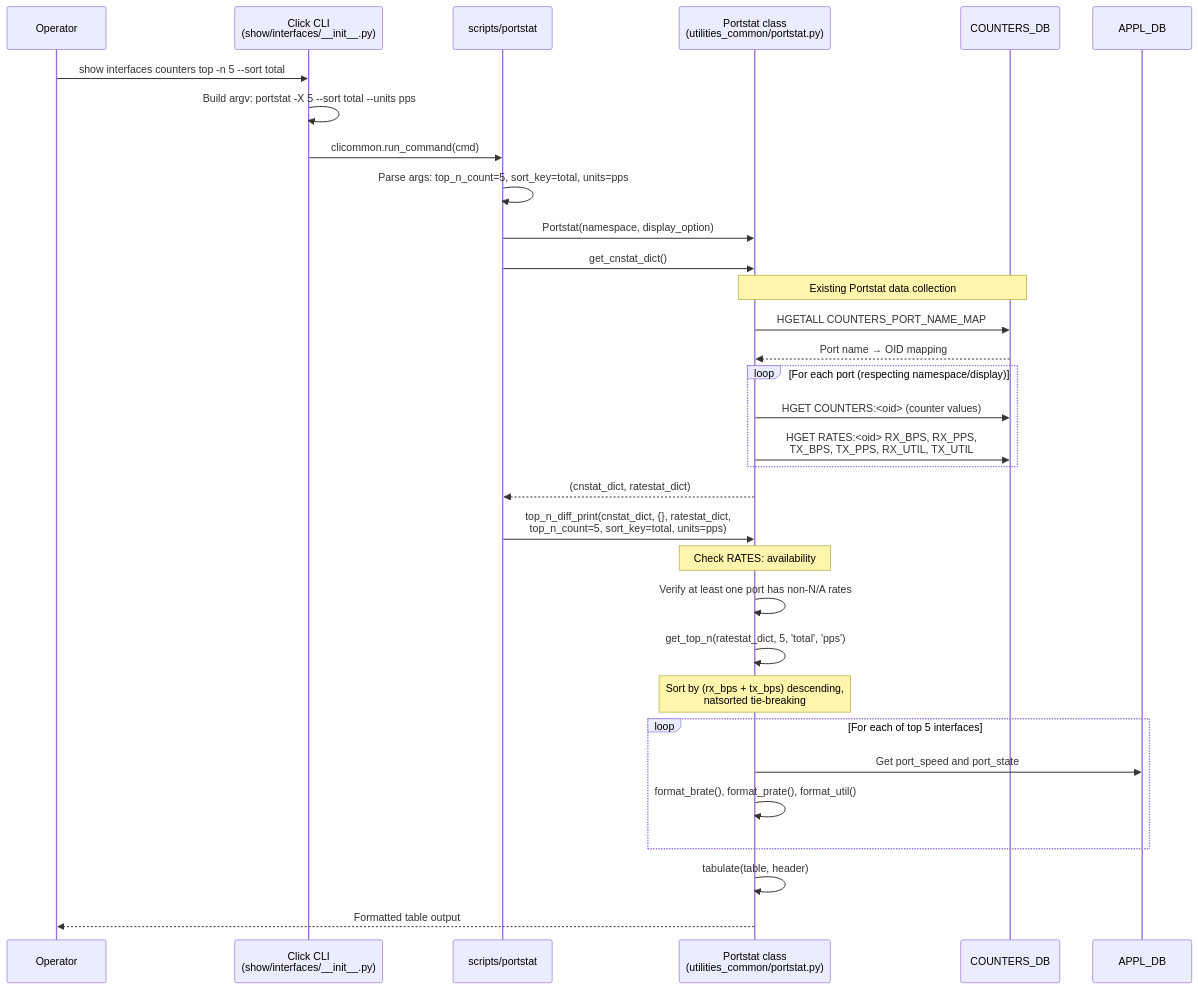
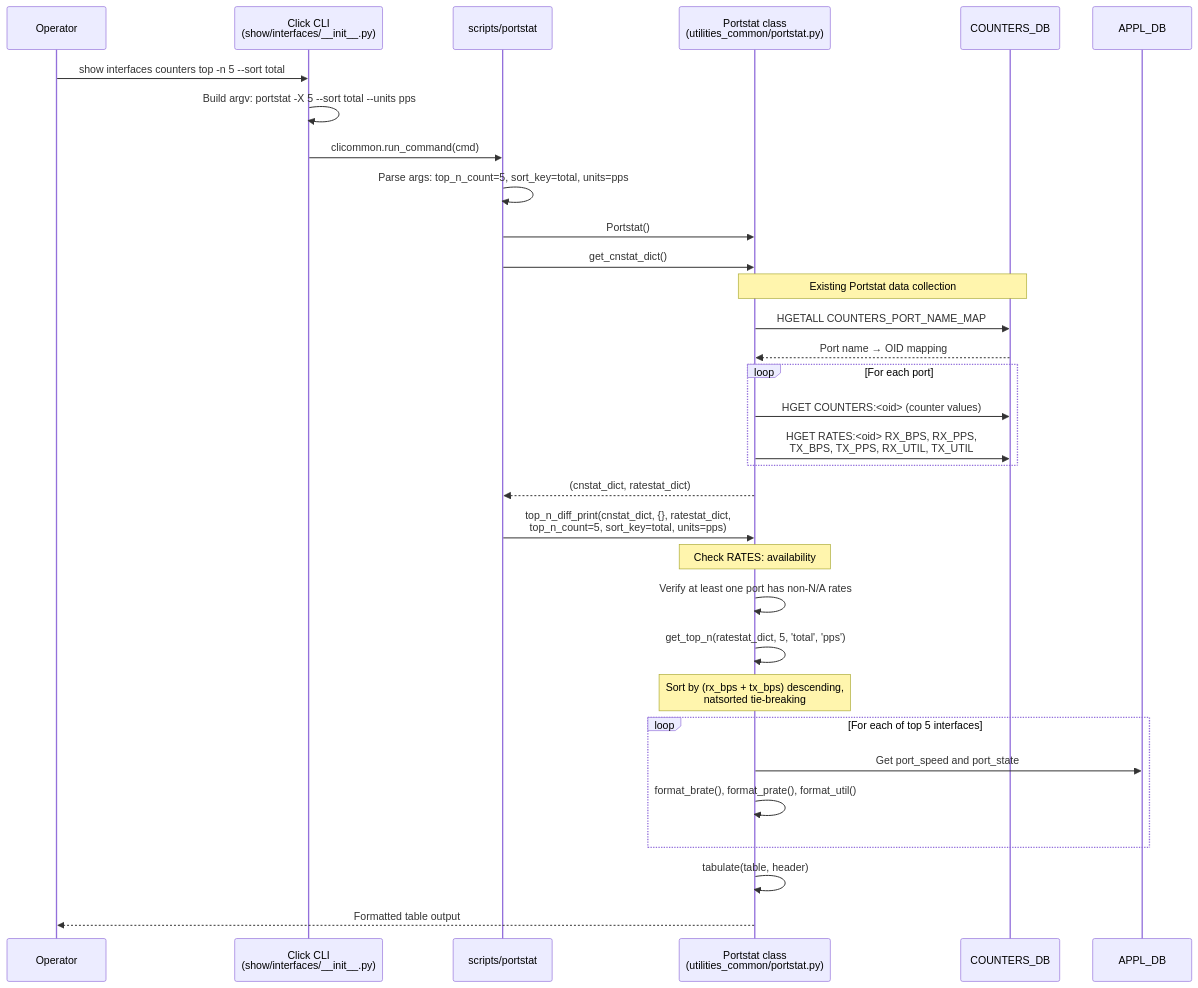
The third of 3 diagrams in Top_Interfaces_HLD_revised_Removed.md (AvizNetworks/sonic-mentorship-2026-Top-N-Interface-Traffic-Visibility), drawn with Mermaid before and after one commit. The commit also changed other lines of this file, not shown here.

````diff
--- a/Top_Interfaces_HLD_revised_Removed.md
+++ b/Top_Interfaces_HLD_revised_Removed.md
@@ -951,45 +510,45 @@
 ```mermaid
 sequenceDiagram
     participant User as Operator
     participant Click as Click CLI<br/>(show/interfaces/__init__.py)
     participant Script as scripts/portstat
     participant PS as Portstat class<br/>(utilities_common/portstat.py)
     participant CDB as COUNTERS_DB
     participant APPL as APPL_DB
 
     User->>Click: show interfaces counters top -n 5 --sort total
     Click->>Click: Build argv: portstat -X 5 --sort total --units pps
     Click->>Script: clicommon.run_command(cmd)
     
     Script->>Script: Parse args: top_n_count=5, sort_key=total, units=pps
-    Script->>PS: Portstat(namespace, display_option)
+    Script->>PS: Portstat()
     Script->>PS: get_cnstat_dict()
     
     Note over PS, CDB: Existing Portstat data collection
     PS->>CDB: HGETALL COUNTERS_PORT_NAME_MAP
     CDB-->>PS: Port name → OID mapping
     
-    loop For each port (respecting namespace/display)
+    loop For each port
         PS->>CDB: HGET COUNTERS:<oid> (counter values)
         PS->>CDB: HGET RATES:<oid> RX_BPS, RX_PPS,<br/>TX_BPS, TX_PPS, RX_UTIL, TX_UTIL
     end
     
     PS-->>Script: (cnstat_dict, ratestat_dict)
     
     Script->>PS: top_n_diff_print(cnstat_dict, {}, ratestat_dict,<br/>top_n_count=5, sort_key=total, units=pps)
     
     Note over PS: Check RATES: availability
     PS->>PS: Verify at least one port has non-N/A rates
     
     PS->>PS: get_top_n(ratestat_dict, 5, 'total', 'pps')
     
     Note over PS: Sort by (rx_bps + tx_bps) descending,<br/>natsorted tie-breaking
     
     loop For each of top 5 interfaces
         PS->>APPL: Get port_speed and port_state
         PS->>PS: format_brate(), format_prate(), format_util()
     end
     
     PS->>PS: tabulate(table, header)
     PS-->>User: Formatted table output
 ```
````
